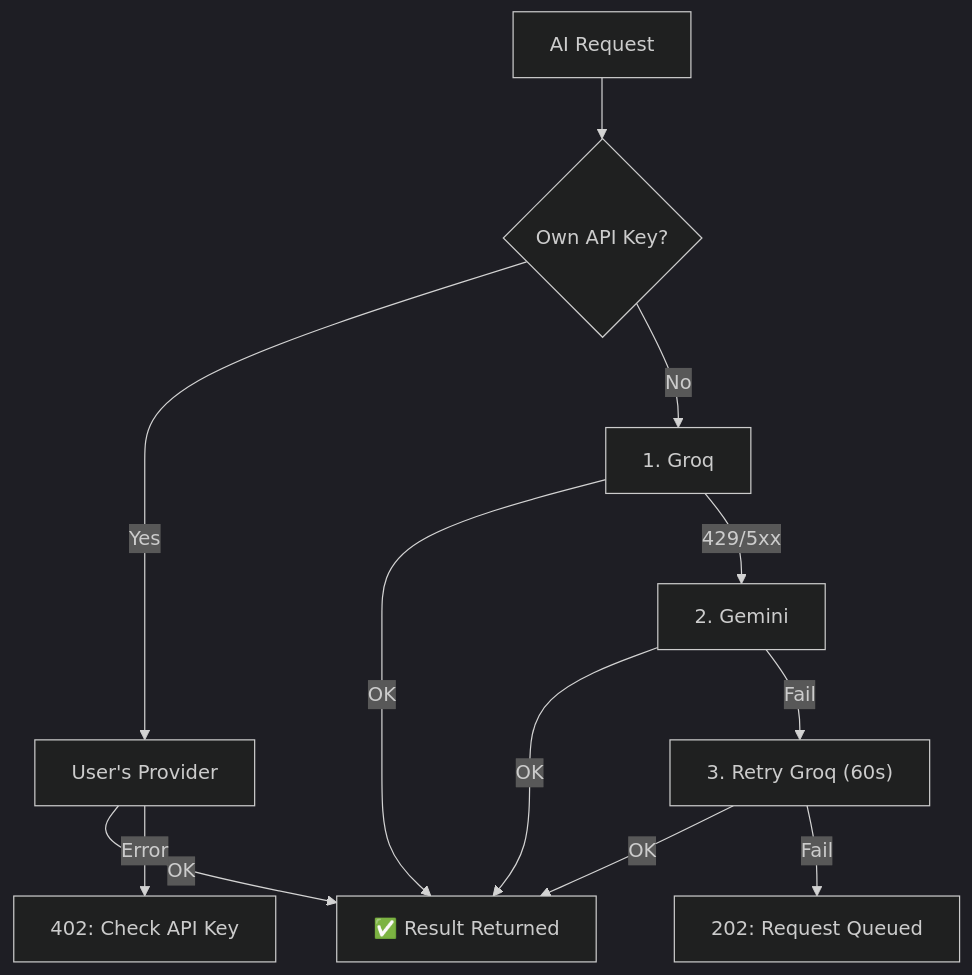
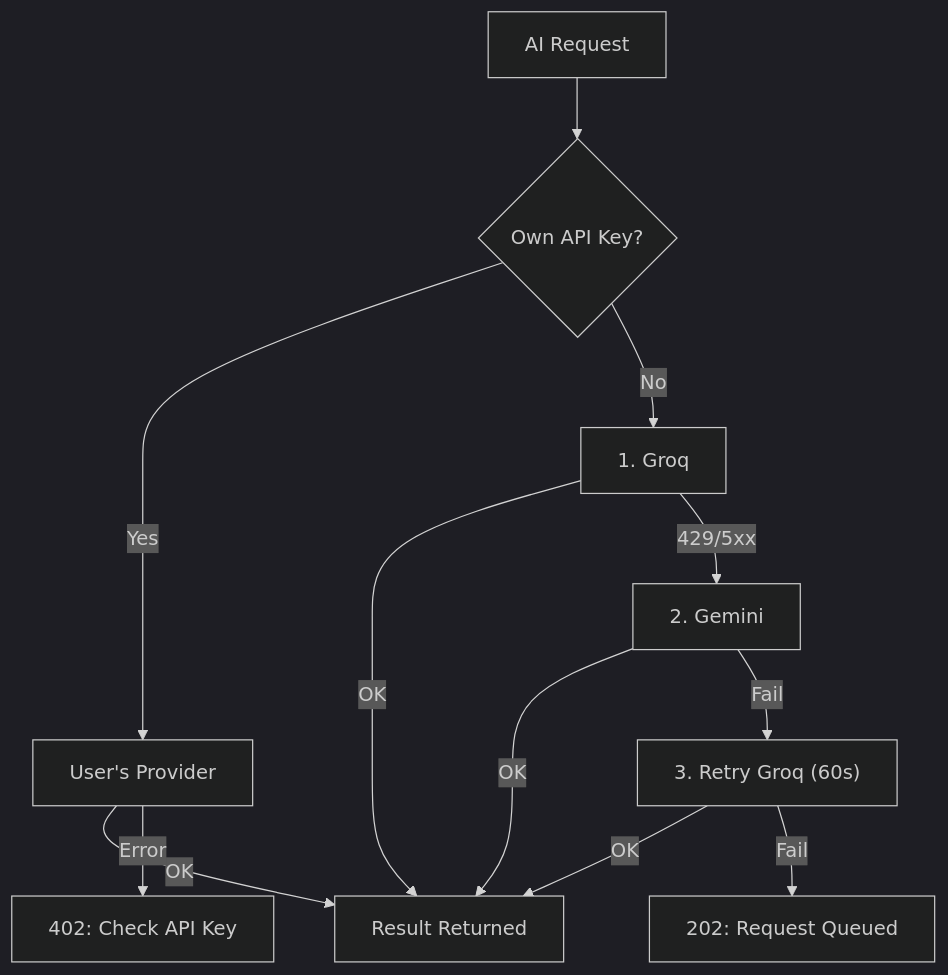
One commit to botmaksim/lingua-optima changed the fifth of 5 diagrams in docs/README.md. Above: the diagram before and after it, drawn with Mermaid (dark theme). The commit also changed other lines of this file and 15 other files, not shown here.

````diff
--- a/docs/README.md
+++ b/docs/README.md
@@ -709,15 +709,15 @@
 ```mermaid
 flowchart TD
     REQ["AI Request"] --> OWN{"Own API Key?"}
     OWN -->|Yes| USER_PROV["User's Provider"]
-    USER_PROV -->|OK| DONE["✅ Result Returned"]
+    USER_PROV -->|OK| DONE["Result Returned"]
     USER_PROV -->|Error| ERR402["402: Check API Key"]
 
     OWN -->|No| P1["1. Groq"]
     P1 -->|OK| DONE
     P1 -->|429/5xx| P2["2. Gemini"]
     P2 -->|OK| DONE
     P2 -->|Fail| P3["3. Retry Groq (60s)"]
     P3 -->|OK| DONE
     P3 -->|Fail| QUEUE["202: Request Queued"]
 ```
````
